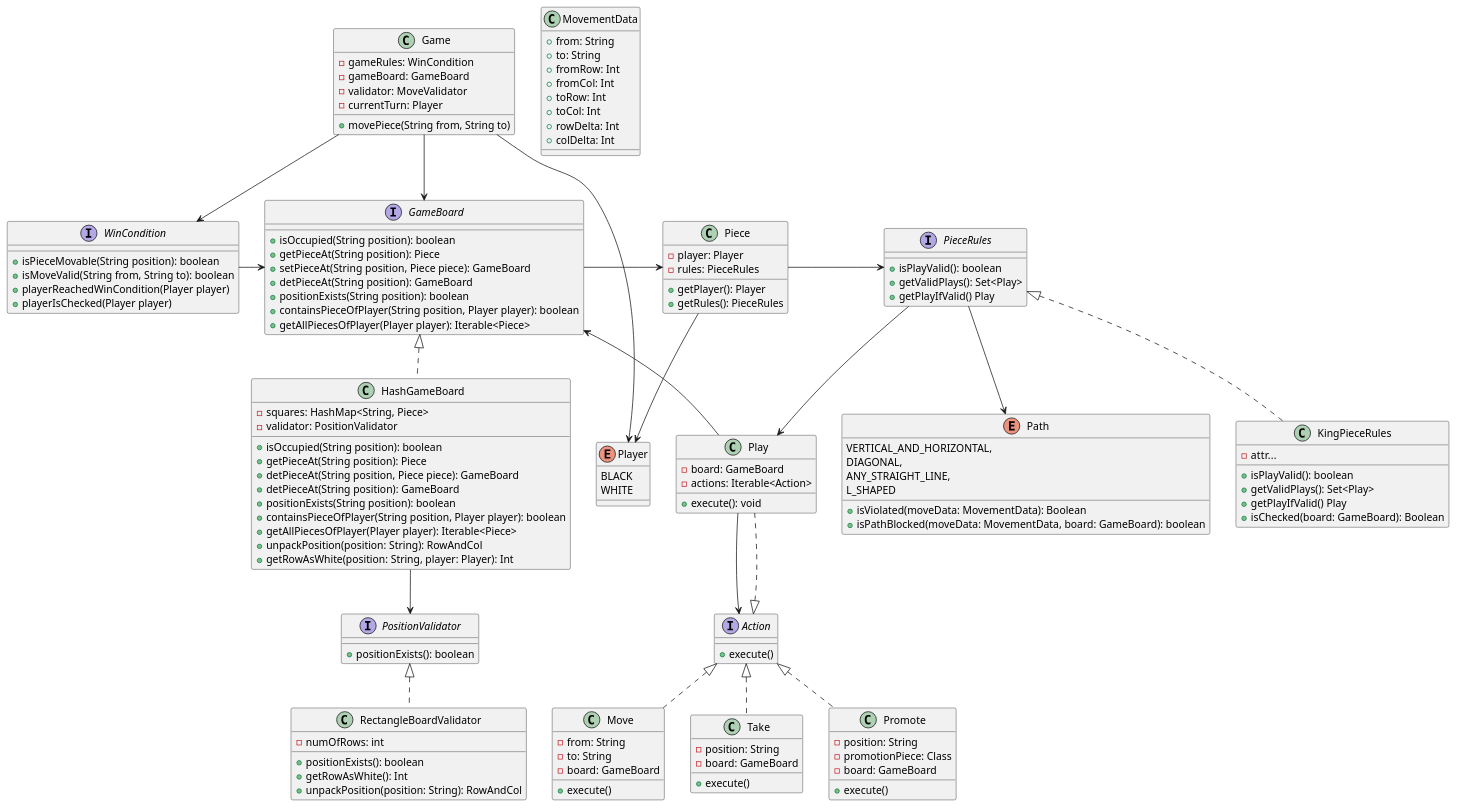
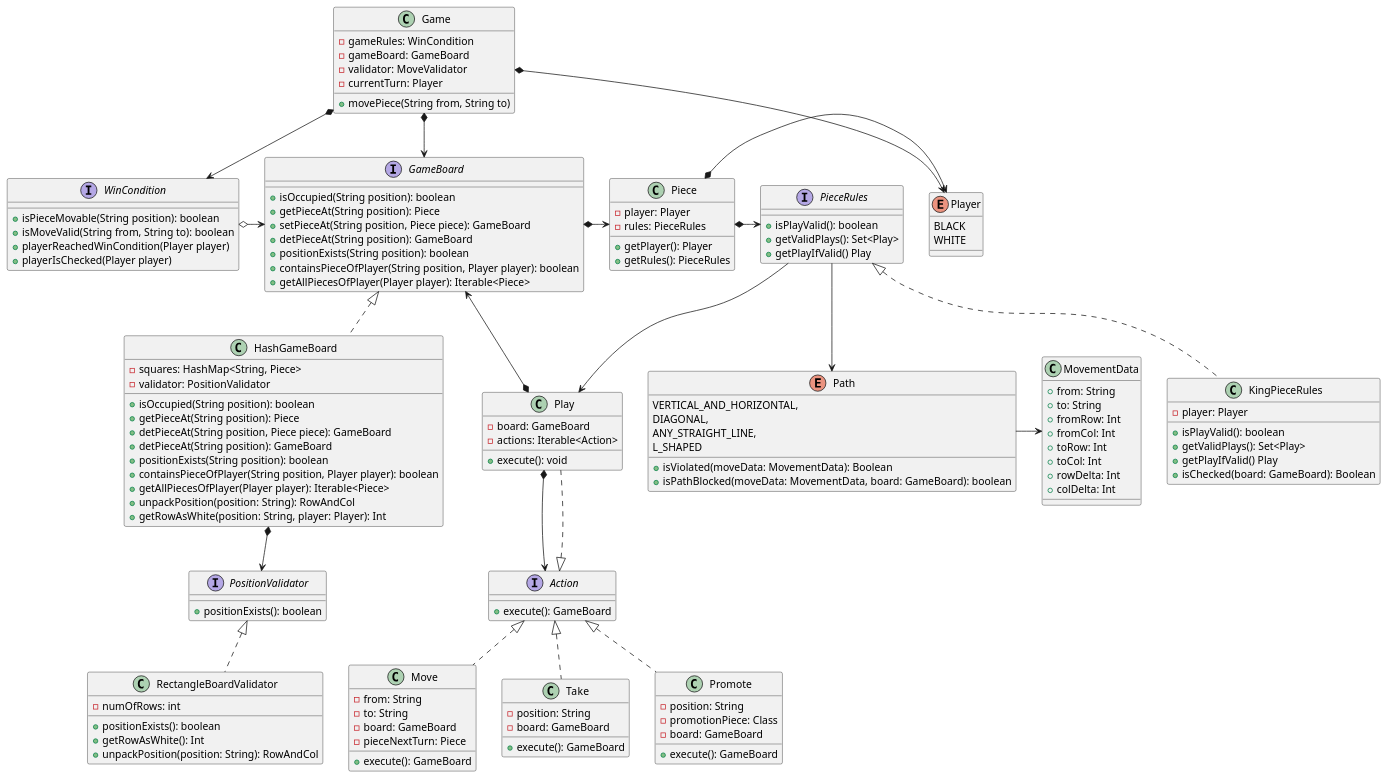
One commit to TomRolB/chess-framework changed the diagram in diagrams/Chess.puml. Above: the diagram before and after it, drawn with PlantUML.

Commit message:
Updated class diagram

```diff
--- a/diagrams/Chess.puml
+++ b/diagrams/Chess.puml
@@ -117,21 +117,21 @@
 }
 
 interface Action {
-    + execute()
-    ' Maybe this could simply be a Runnable
+    + execute(): GameBoard
 }
 
 class Move implements Action {
     - from: String
     - to: String
     - board: GameBoard
-    + execute()
+    - pieceNextTurn: Piece
+    + execute(): GameBoard
 }
 
 class Take implements Action {
     - position: String
     - board: GameBoard
-    + execute()
+    + execute(): GameBoard
     ' TODO: Sometimes moving our piece implicitly includes taking the rival's piece (we reassign the latter's board position to the former, so the reference is replaced). Think about this.
 }
 
@@ -139,7 +139,7 @@
     - position: String
     - promotionPiece: Class
     - board: GameBoard
-    + execute()
+    + execute(): GameBoard
 }
 
 class Piece {
@@ -156,7 +156,7 @@
 }
 
 class KingPieceRules implements PieceRules {
-    - attr...
+    - player: Player
     + isPlayValid(): boolean
     + getValidPlays(): Set<Play>
     + getPlayIfValid() Play
@@ -215,23 +215,24 @@
 '    move(Square): void
 '}
 
-Game --> WinCondition
-Game -> GameBoard
+Game *--> WinCondition
+Game *-> GameBoard
 'MoveValidator -> WinCondition
 
-WinCondition -> GameBoard
-GameBoard -> Piece
-HashGameBoard --> PositionValidator
+WinCondition o-> GameBoard
+GameBoard *-> Piece
+HashGameBoard *--> PositionValidator
 'Piece -> MoveRuleSet
 'RuleSet -> Rule
 'Piece -> Rule
-Piece --> Player
-Piece -> PieceRules
+Piece *-> Player
+Piece *-> PieceRules
 PieceRules --> Path
-Game -> Player
+Game *-> Player
 PieceRules -> Play
-Play --> Action
-Play --> GameBoard
+Play *--> Action
+Play *--> GameBoard
+Path -> MovementData
 
 
 
```
